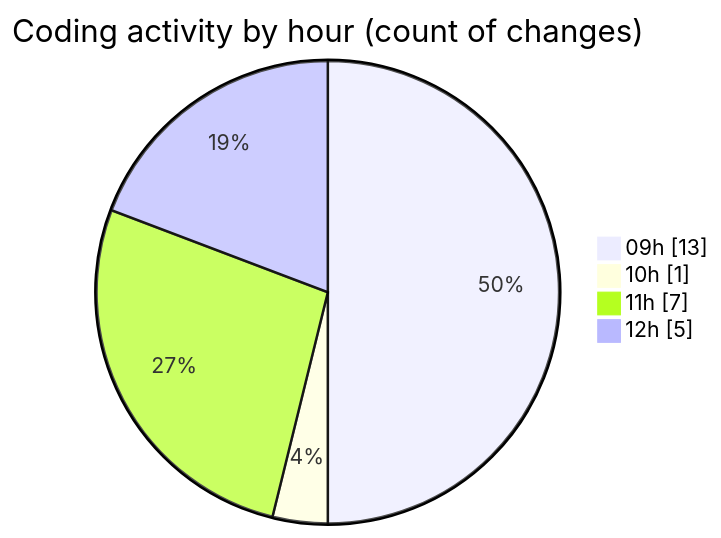
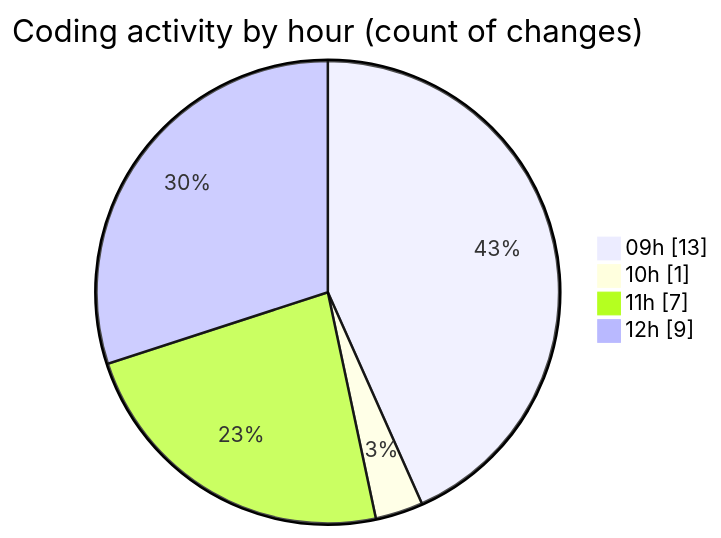
One commit to momahboobian/code-tracking changed the second of 2 diagrams in 2025-05-12/cda/README.md. Above: the diagram before and after it, drawn with Mermaid. The commit also changed other lines of this file and 1 other file, not shown here.

````diff
--- a/2025-05-12/cda/README.md
+++ b/2025-05-12/cda/README.md
@@ -41,8 +41,8 @@
 ```mermaid
 pie showData
 title Coding activity by hour (count of changes)
 "09h" : 13
 "10h" : 1
 "11h" : 7
-"12h" : 5
+"12h" : 9
 ```
````
